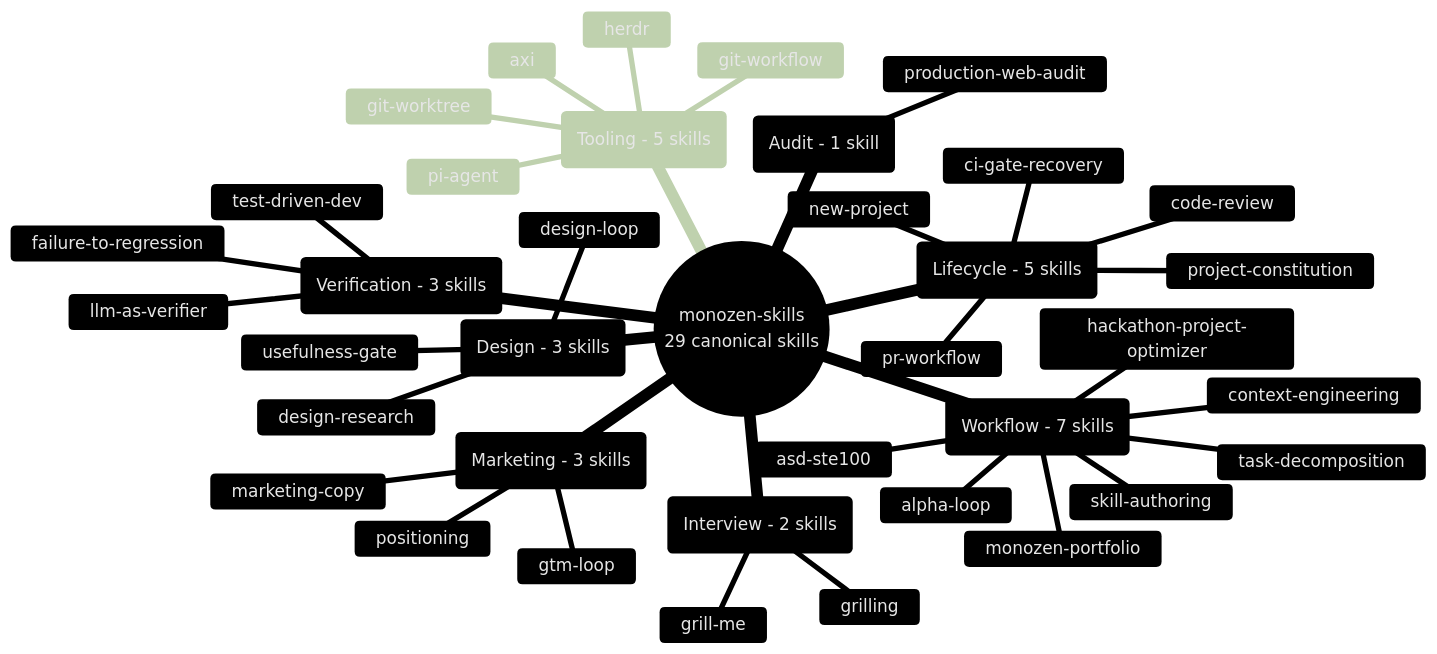
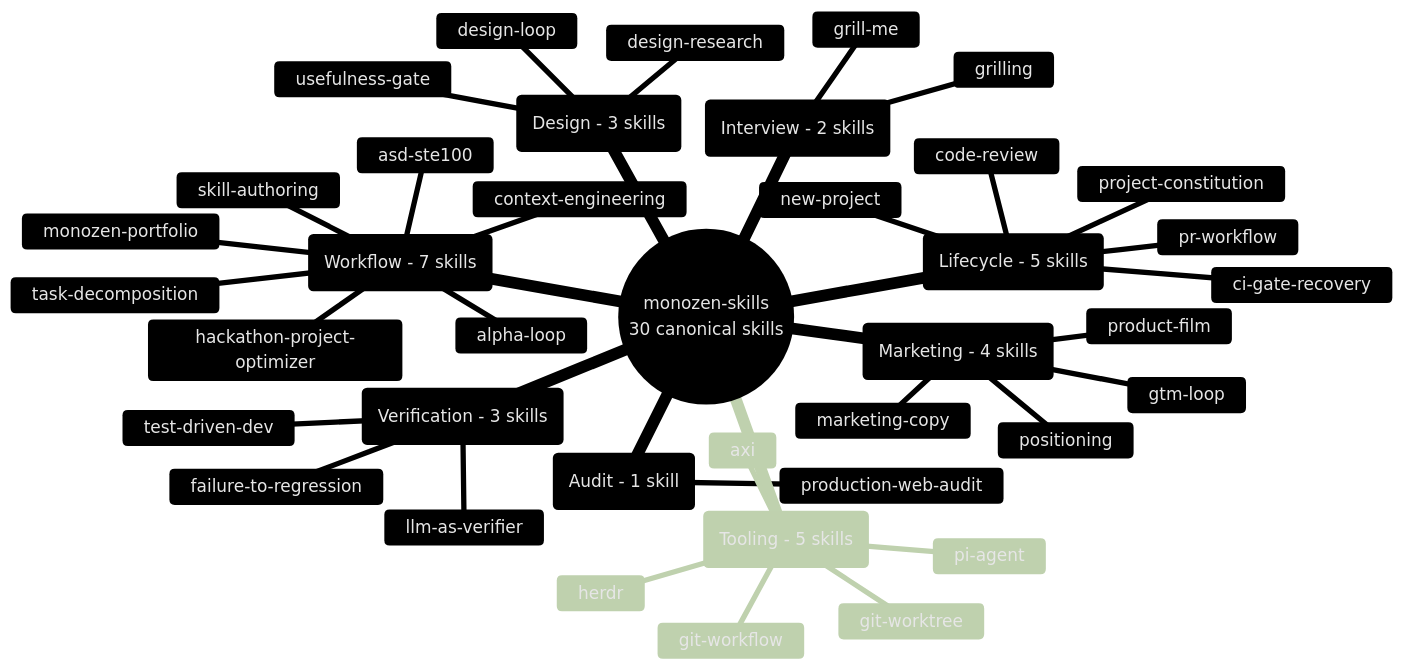
Before and after one commit to 8-BitRhyon/monozen-skills: the diagram in assets/skill-taxonomy.mmd, drawn with Mermaid. The commit also changed 17 other files, not shown here.

First line of the commit message:
feat: add product-film skill

```diff
--- a/assets/skill-taxonomy.mmd
+++ b/assets/skill-taxonomy.mmd
@@ -1,41 +1,42 @@
 %%{init: {'theme': 'base', 'themeVariables': {'primaryColor': '#1a1a2e', 'primaryTextColor': '#e6e6e6', 'primaryBorderColor': '#8b7eff', 'lineColor': '#5a5a8a', 'secondaryColor': '#12132b', 'tertiaryColor': '#0b0c15', 'fontFamily': 'Inter, system-ui, sans-serif'}}}%%
 
 mindmap
-  root((monozen-skills<br/>29 canonical skills))
+  root((monozen-skills<br/>30 canonical skills))
     ::_(Lifecycle - 5 skills)
       new-project
       project-constitution
       code-review
       pr-workflow
       ci-gate-recovery
     ::_(Verification - 3 skills)
       test-driven-dev
       failure-to-regression
       llm-as-verifier
     ::_(Interview - 2 skills)
       grill-me
       grilling
     ::_(Workflow - 7 skills)
       alpha-loop
       asd-ste100
       hackathon-project-optimizer
       monozen-portfolio
       task-decomposition
       context-engineering
       skill-authoring
     ::_(Design - 3 skills)
       design-loop
       design-research
       usefulness-gate
-    ::_(Marketing - 3 skills)
+    ::_(Marketing - 4 skills)
       gtm-loop
       marketing-copy
       positioning
+      product-film
     ::_(Audit - 1 skill)
       production-web-audit
     ::_(Tooling - 5 skills)
       axi
       pi-agent
       herdr
       git-worktree
       git-workflow
```
